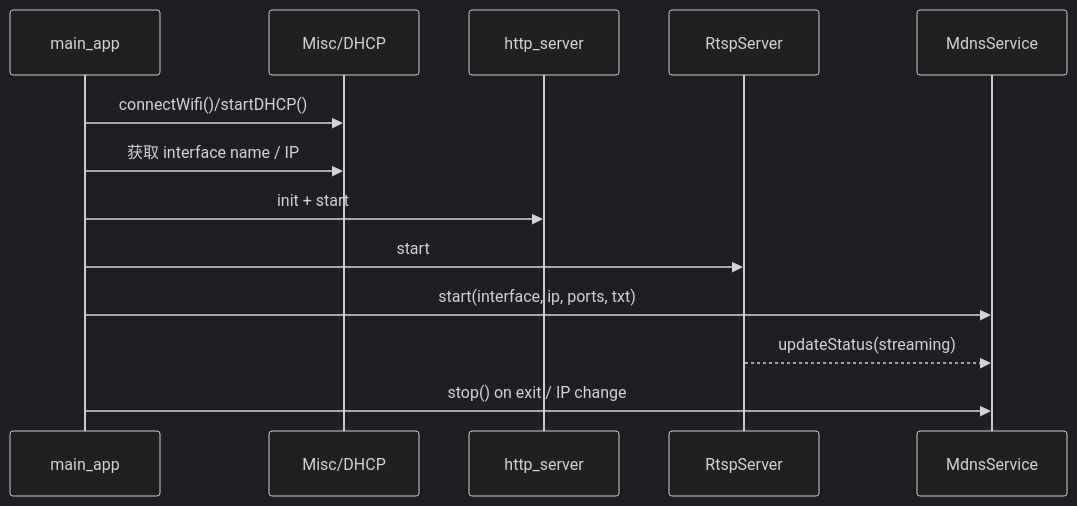
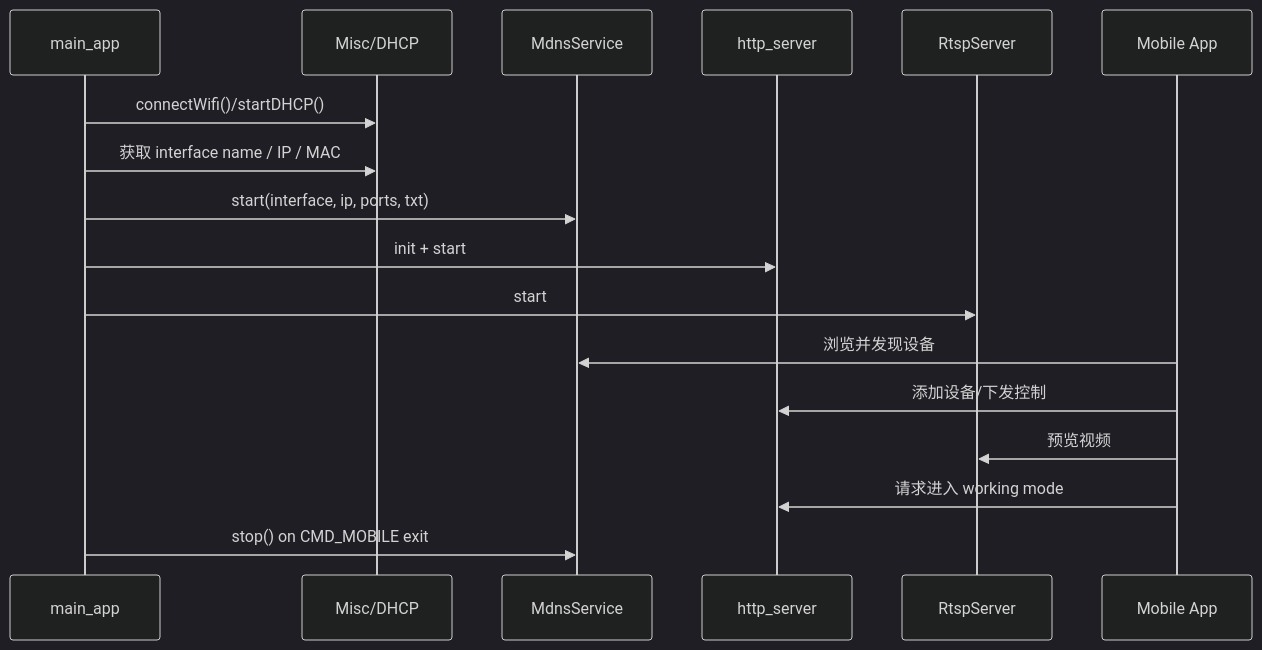
One commit to peter-zen/t32_cam changed the second of 2 diagrams in doc/solution/20260313-t32-mdns-integration-plan.md. Above: the diagram before and after it, drawn with Mermaid (dark theme). The commit also changed other lines of this file and 2 other files, not shown here.

Commit message:
refactor: start mdns before http and rtsp in mobile mode

````diff
--- a/doc/solution/20260313-t32-mdns-integration-plan.md
+++ b/doc/solution/20260313-t32-mdns-integration-plan.md
@@ -165,16 +170,20 @@
 ```mermaid
 sequenceDiagram
     participant APP as main_app
     participant NET as Misc/DHCP
+    participant MDNS as MdnsService
     participant HTTP as http_server
     participant RTSP as RtspServer
-    participant MDNS as MdnsService
+    participant PHONE as Mobile App
 
     APP->>NET: connectWifi()/startDHCP()
-    APP->>NET: 获取 interface name / IP
+    APP->>NET: 获取 interface name / IP / MAC
+    APP->>MDNS: start(interface, ip, ports, txt)
     APP->>HTTP: init + start
     APP->>RTSP: start
-    APP->>MDNS: start(interface, ip, ports, txt)
-    RTSP-->>MDNS: updateStatus(streaming)
-    APP->>MDNS: stop() on exit / IP change
+    PHONE->>MDNS: 浏览并发现设备
+    PHONE->>HTTP: 添加设备/下发控制
+    PHONE->>RTSP: 预览视频
+    PHONE->>HTTP: 请求进入 working mode
+    APP->>MDNS: stop() on CMD_MOBILE exit
 ```
````
